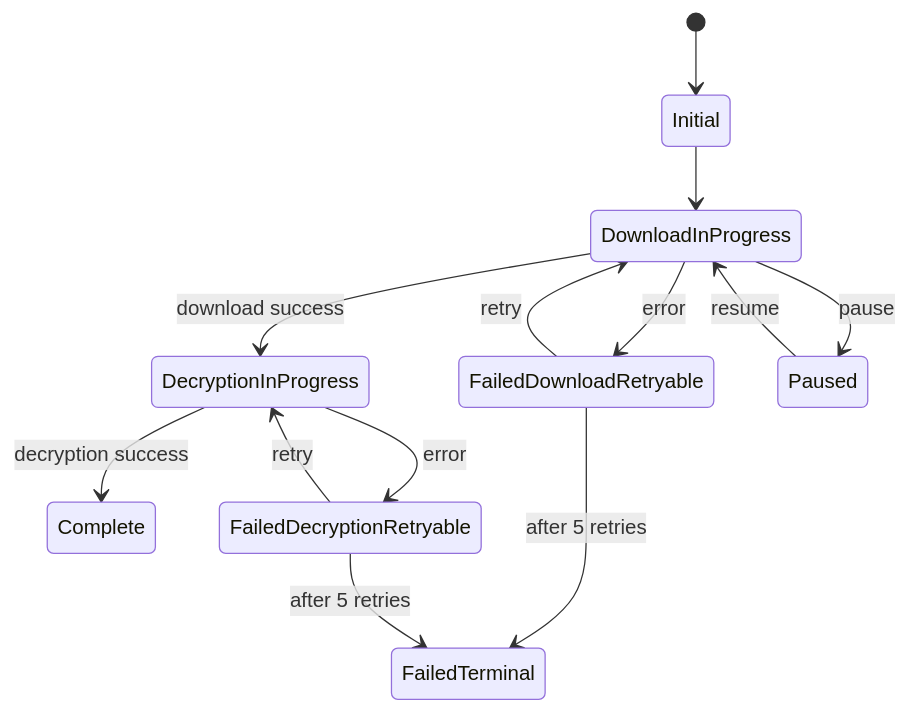
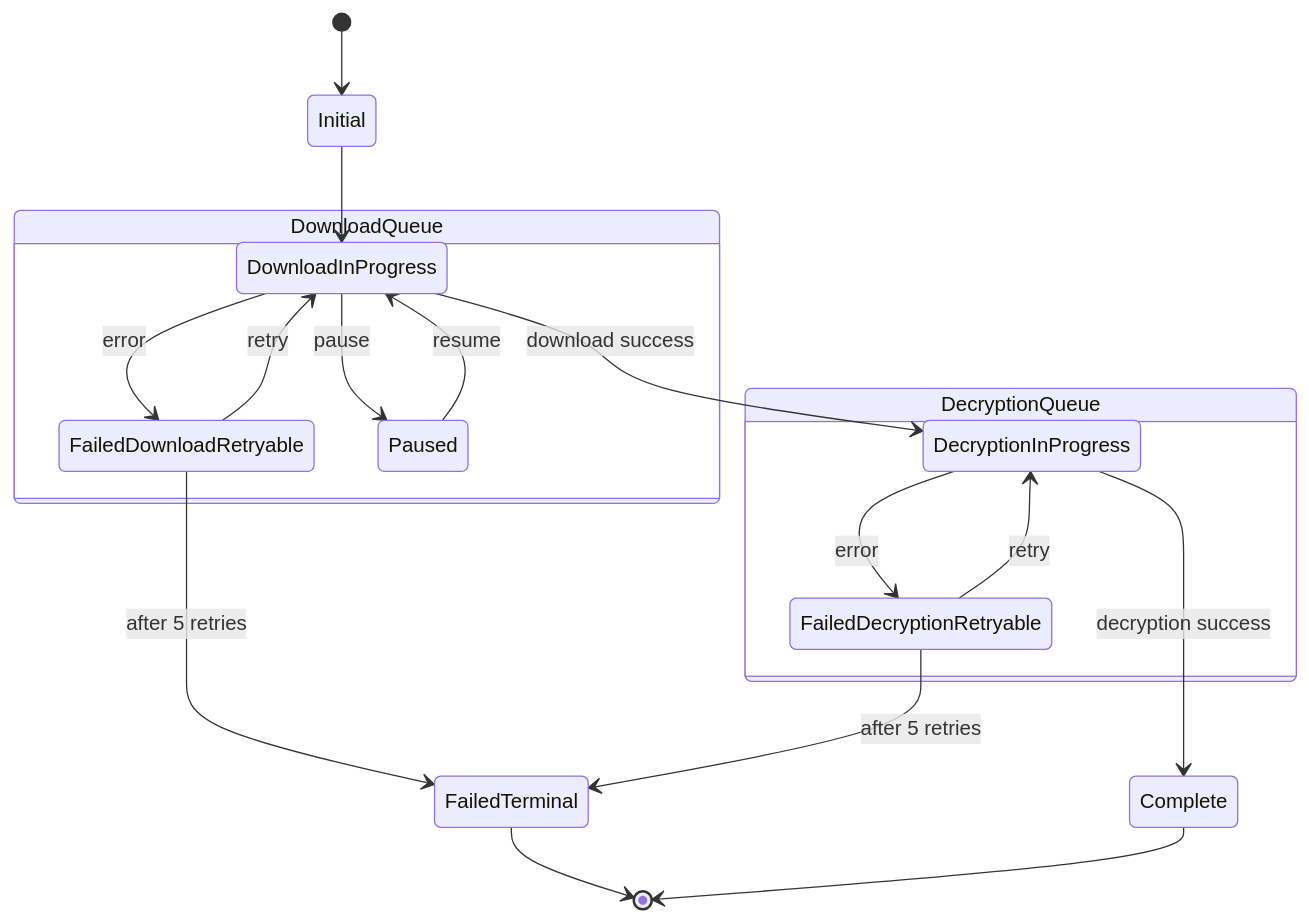
One commit to freedomofpress/securedrop-client changed the fourth of 4 diagrams in app/architecture.md. Above: the diagram before and after it, drawn with Mermaid.

Commit message:
docs: distinguish download and fetch queues in state machine
Just updates the state-machine diagram following aef0d0282ca1bce486a13ab4c82c8513d90905e0.

````diff
--- a/app/architecture.md
+++ b/app/architecture.md
@@ -238,19 +238,27 @@
 ```mermaid
 stateDiagram-v2
     [*] --> Initial
     Initial --> DownloadInProgress
 
+    state DownloadQueue {
     DownloadInProgress --> DecryptionInProgress: download success
     DownloadInProgress --> FailedDownloadRetryable: error
     DownloadInProgress --> Paused: pause
     Paused --> DownloadInProgress: resume
+    }
 
+    state DecryptionQueue {
+    DecryptionInProgress --> FailedDecryptionRetryable: error
+    }
     DecryptionInProgress --> Complete: decryption success
-    DecryptionInProgress --> FailedDecryptionRetryable: error
+
 
     FailedDownloadRetryable --> FailedTerminal: after 5 retries
     FailedDecryptionRetryable --> FailedTerminal: after 5 retries
 
     FailedDownloadRetryable --> DownloadInProgress: retry
     FailedDecryptionRetryable --> DecryptionInProgress: retry
+
+    FailedTerminal --> [*]
+    Complete --> [*]
 ```
````
